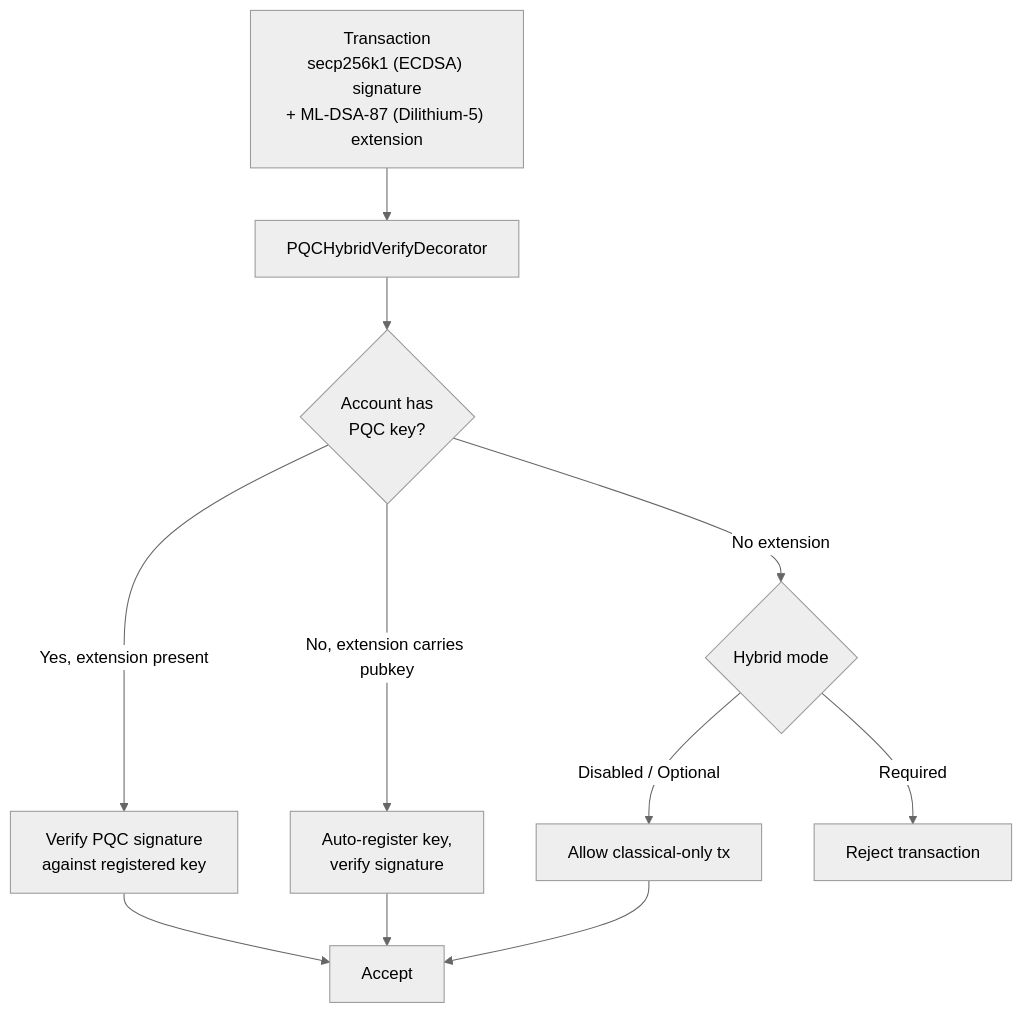
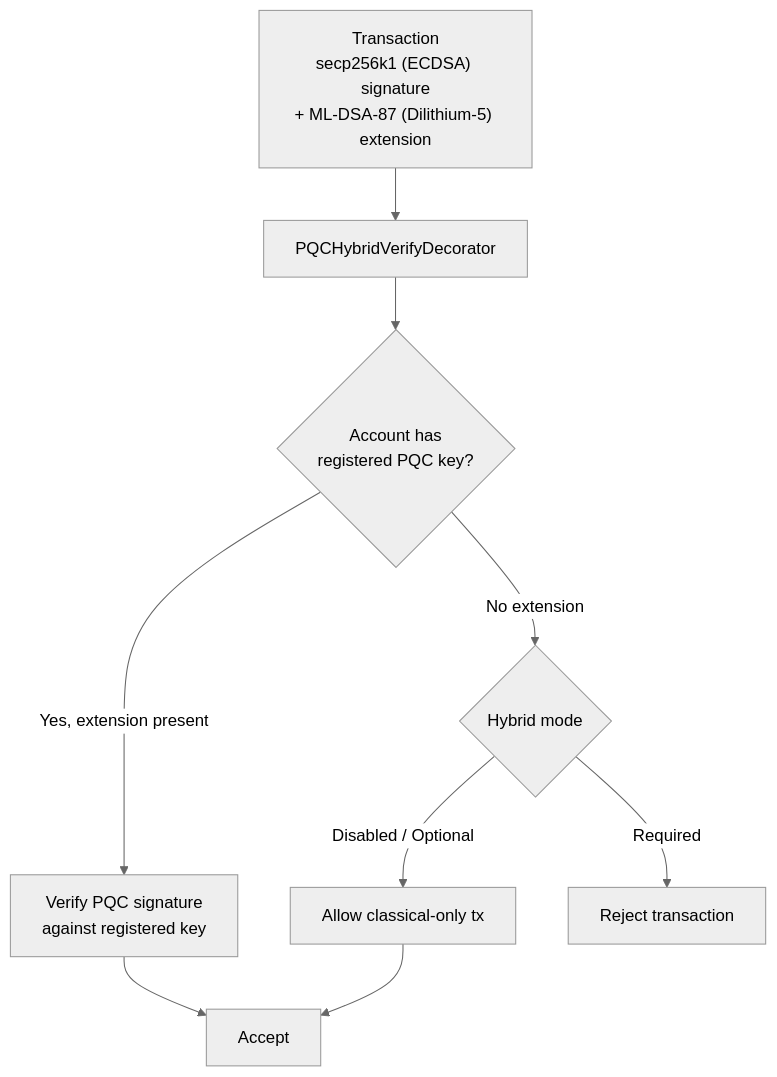
One commit to qorechain/qorechain-docs changed the diagram in docs/architecture/post-quantum-security.md. Above: the diagram before and after it, drawn with Mermaid (neutral theme). The commit also changed other lines of this file and 1055 other files, not shown here.

````diff
--- a/docs/architecture/post-quantum-security.md
+++ b/docs/architecture/post-quantum-security.md
@@ -85,13 +86,11 @@
 ```mermaid
 flowchart TD
     A["Transaction<br/>secp256k1 (ECDSA) signature<br/>+ ML-DSA-87 (Dilithium-5) extension"] --> B["PQCHybridVerifyDecorator"]
-    B --> C{"Account has<br/>PQC key?"}
+    B --> C{"Account has<br/>registered PQC key?"}
     C -- "Yes, extension present" --> D["Verify PQC signature<br/>against registered key"]
-    C -- "No, extension carries pubkey" --> E["Auto-register key,<br/>verify signature"]
     C -- "No extension" --> F{"Hybrid mode"}
     F -- "Disabled / Optional" --> G["Allow classical-only tx"]
     F -- "Required" --> H["Reject transaction"]
     D --> I["Accept"]
-    E --> I
     G --> I
 ```
````
